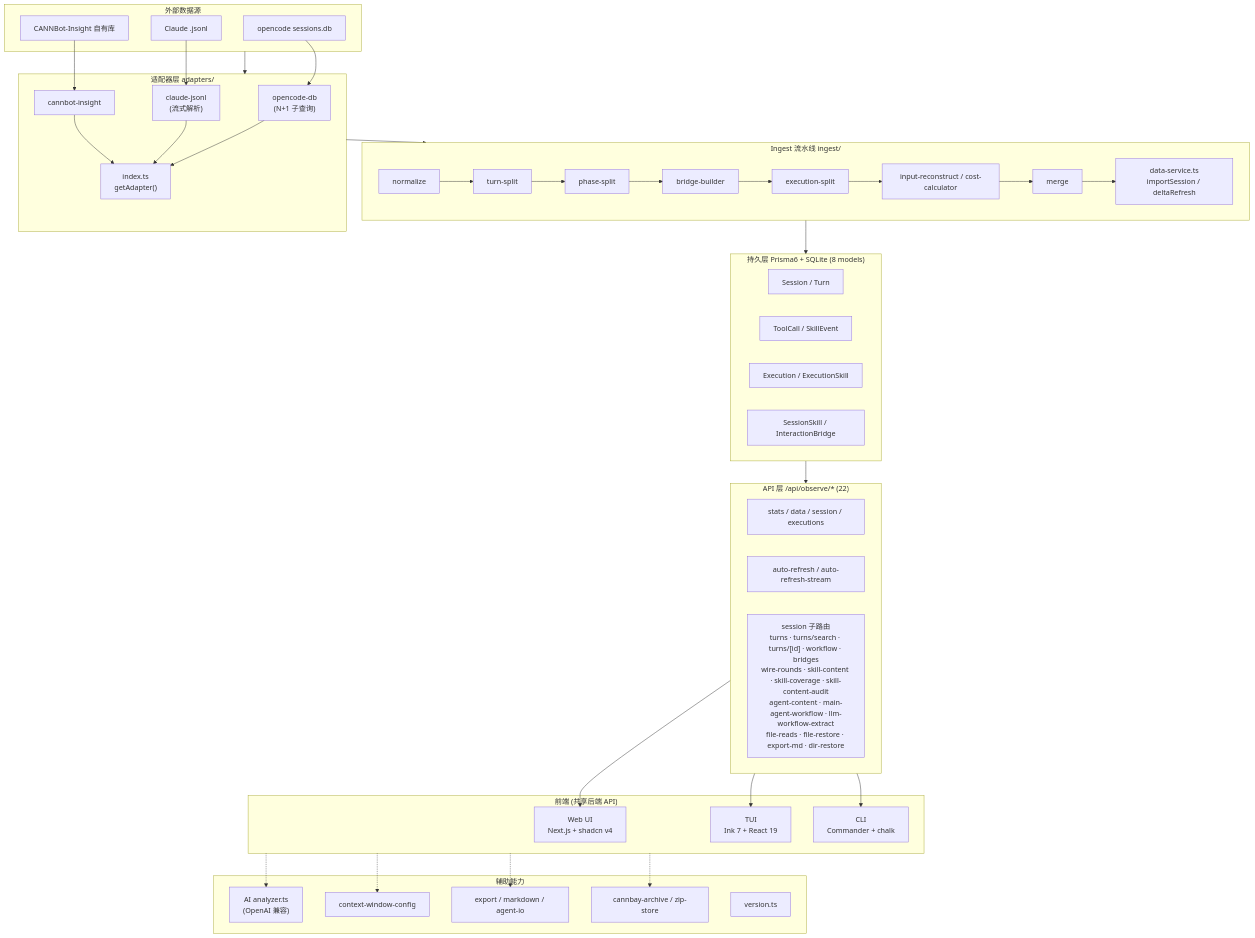
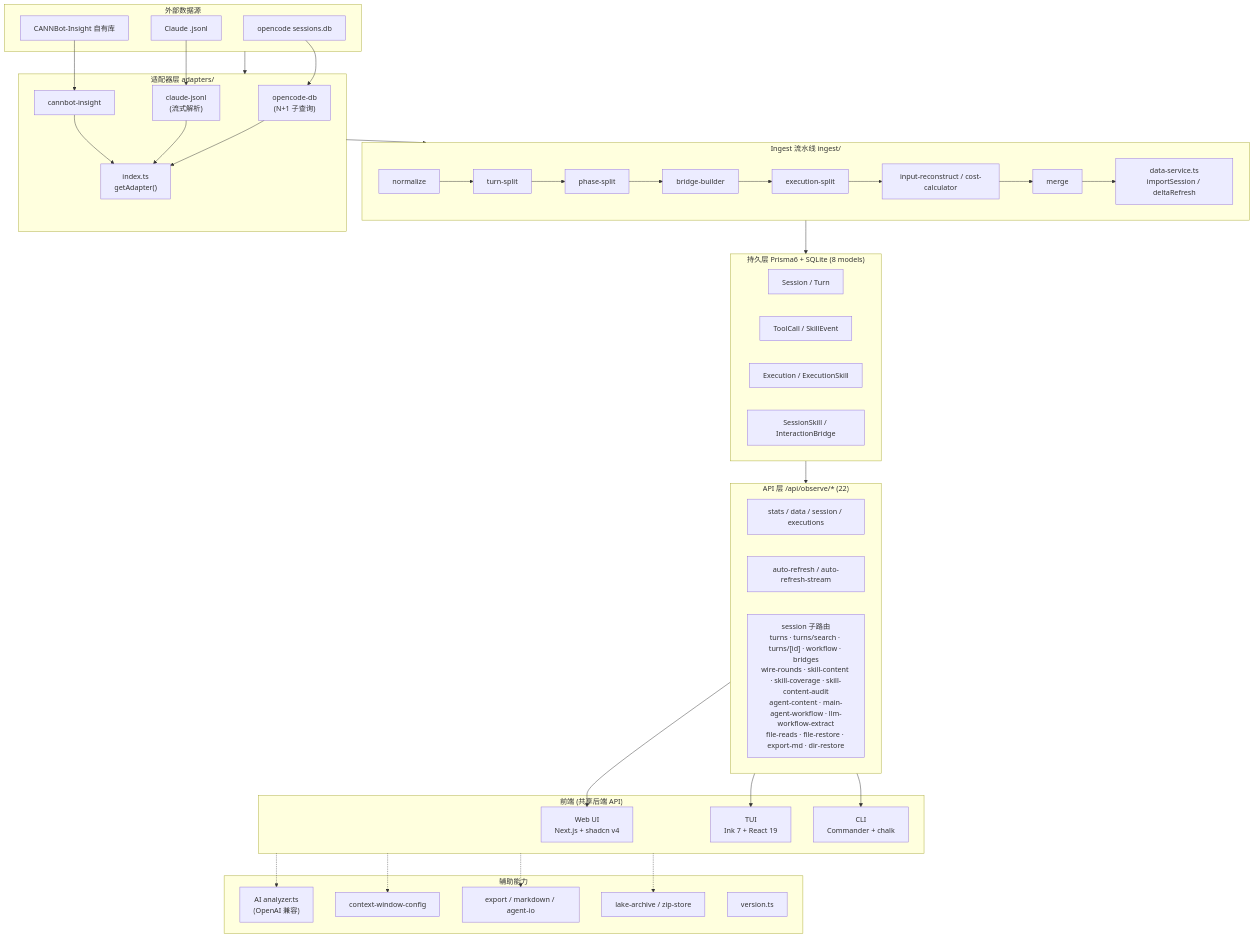
The first of 2 diagrams in docs/architecture.md (andrewyuq/context-insight), drawn with Mermaid before and after one commit. The commit also changed other lines of this file and 176 other files, not shown here.

````diff
--- a/docs/architecture.md
+++ b/docs/architecture.md
@@ -125,68 +125,68 @@
 ```mermaid
 flowchart TB
     subgraph SRC["外部数据源"]
         S1["opencode sessions.db"]
         S2["Claude .jsonl"]
         S3["CANNBot-Insight 自有库"]
     end
 
     subgraph ADAPT["适配器层 adapters/"]
         A1["opencode-db<br/>(N+1 子查询)"]
         A2["claude-jsonl<br/>(流式解析)"]
         A3["cannbot-insight"]
         REG["index.ts<br/>getAdapter()"]
         A1 --> REG
         A2 --> REG
         A3 --> REG
     end
 
     subgraph PIPE["Ingest 流水线 ingest/"]
         N1["normalize"] --> N2["turn-split"] --> N3["phase-split"]
         N3 --> N4["bridge-builder"] --> N5["execution-split"]
         N5 --> N6["input-reconstruct / cost-calculator"]
         N6 --> N7["merge"]
         N7 --> DS["data-service.ts<br/>importSession / deltaRefresh"]
     end
 
     subgraph DB["持久层 Prisma6 + SQLite (8 models)"]
         M1["Session / Turn"]
         M2["ToolCall / SkillEvent"]
         M3["Execution / ExecutionSkill"]
         M4["SessionSkill / InteractionBridge"]
     end
 
     subgraph API["API 层 /api/observe/* (22)"]
         E1["stats / data / session / executions"]
         E2["auto-refresh / auto-refresh-stream"]
         E3["session 子路由<br/>turns · turns/search · turns/[id] · workflow · bridges<br/>wire-rounds · skill-content · skill-coverage · skill-content-audit<br/>agent-content · main-agent-workflow · llm-workflow-extract<br/>file-reads · file-restore · export-md · dir-restore"]
     end
 
     subgraph FE["前端 (共享后端 API)"]
         W["Web UI<br/>Next.js + shadcn v4"]
         T["TUI<br/>Ink 7 + React 19"]
         C["CLI<br/>Commander + chalk"]
     end
 
     subgraph X["辅助能力"]
         AI["AI analyzer.ts<br/>(OpenAI 兼容)"]
         CTX["context-window-config"]
         EXP["export / markdown / agent-io"]
-        ARC["cannbay-archive / zip-store"]
+        ARC["lake-archive / zip-store"]
         VER["version.ts"]
     end
 
     S1 --> A1
     S2 --> A2
     S3 --> A3
     SRC --> ADAPT
     ADAPT --> PIPE
     PIPE --> DB
     DB --> API
     API --> W
     API --> T
     API --> C
     FE -.-> AI
     FE -.-> CTX
     FE -.-> EXP
     FE -.-> ARC
 ```
````
